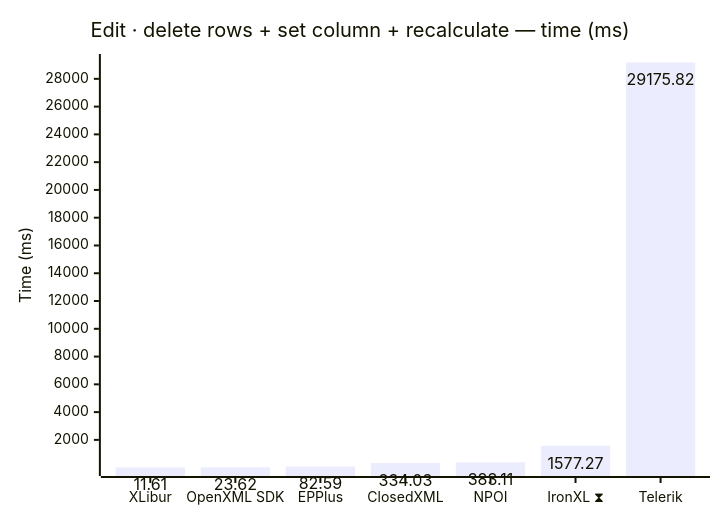
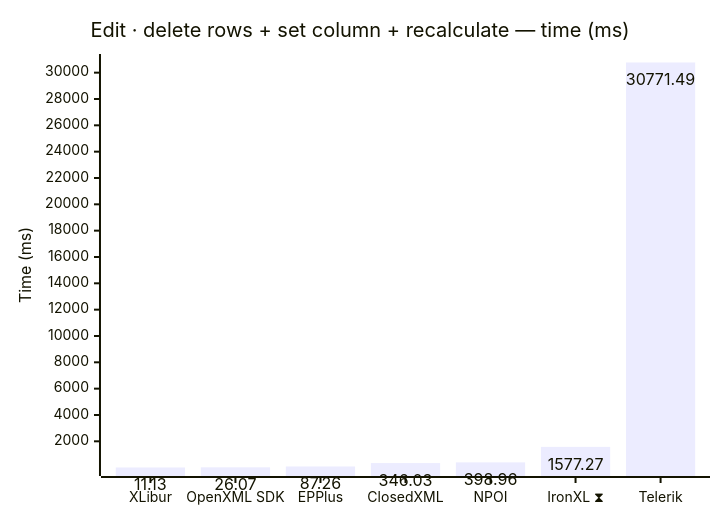
Before and after one commit to jafin/XLBench: the ninth of 12 diagrams in docs/results.md, drawn with Mermaid. The commit also changed other lines of this file and 2 other files, not shown here.

````diff
--- a/docs/results.md
+++ b/docs/results.md
@@ -144,12 +144,12 @@
 ```mermaid
 ---
 config:
   xyChart:
     showDataLabel: true
 ---
 xychart-beta
     title "Edit · delete rows + set column + recalculate — time (ms)"
     x-axis ["XLibur", "OpenXML SDK", "EPPlus", "ClosedXML", "NPOI", "IronXL ⧗", "Telerik"]
     y-axis "Time (ms)"
-    bar [11.61, 23.62, 82.59, 334.03, 383.11, 1577.27, 29175.82]
+    bar [11.13, 26.07, 87.26, 346.03, 398.96, 1577.27, 30771.49]
 ```
````
